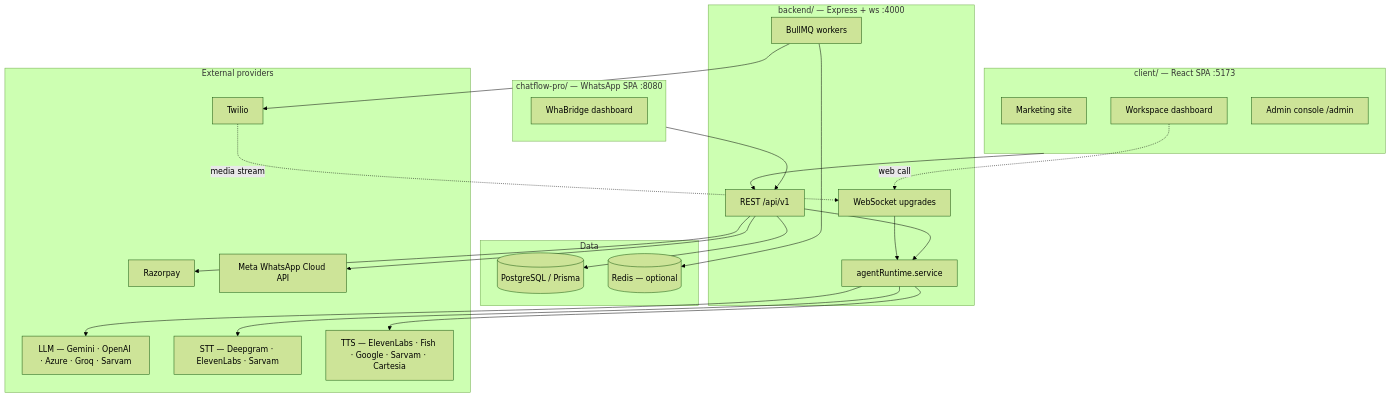
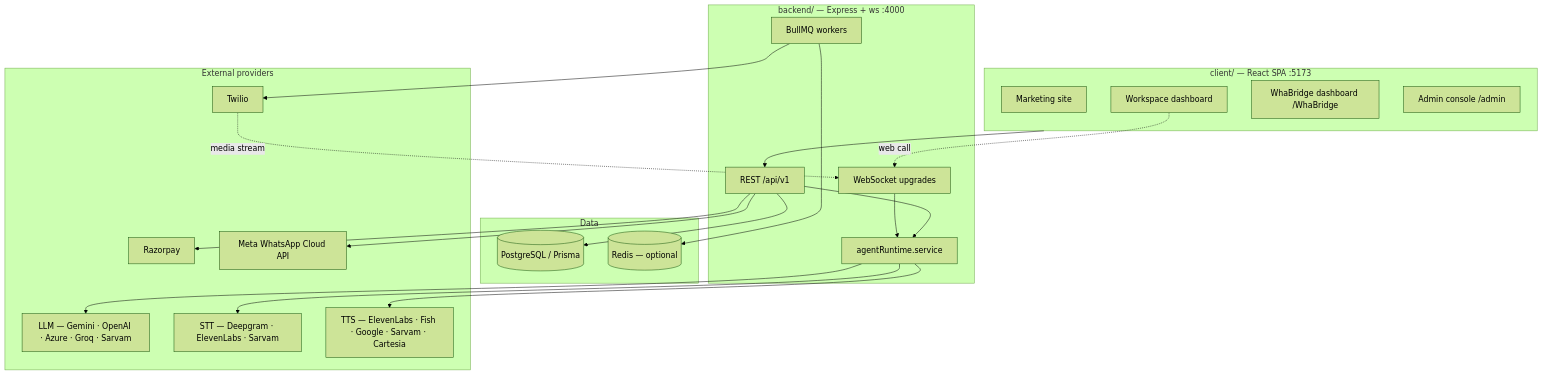
The diagram in README.md (radhakrishna1210/Conversational_AI_Agent), drawn with Mermaid (forest theme) before and after one commit. The commit also changed other lines of this file and 6 other files, not shown here.

First line of the commit message:
chore: drop the remaining chatflow-pro references

````diff
--- a/README.md
+++ b/README.md
@@ -69,45 +69,41 @@
 ```mermaid
 flowchart TB
     subgraph Client["client/ — React SPA :5173"]
         Marketing[Marketing site]
         Dash[Workspace dashboard]
+        WH[WhaBridge dashboard /WhaBridge]
         Admin[Admin console /admin]
-    end
-
-    subgraph CF["chatflow-pro/ — WhatsApp SPA :8080"]
-        WH[WhaBridge dashboard]
     end
 
     subgraph Backend["backend/ — Express + ws :4000"]
         API["REST /api/v1"]
         WS["WebSocket upgrades"]
         Runtime[agentRuntime.service]
         Workers["BullMQ workers"]
     end
 
     subgraph Data
         PG[(PostgreSQL / Prisma)]
         Redis[(Redis — optional)]
     end
 
     subgraph External["External providers"]
         LLM["LLM — Gemini · OpenAI · Azure · Groq · Sarvam"]
         STT["STT — Deepgram · ElevenLabs · Sarvam"]
         TTS["TTS — ElevenLabs · Fish · Google · Sarvam · Cartesia"]
         Tel["Twilio"]
         Pay["Razorpay"]
         Meta["Meta WhatsApp Cloud API"]
     end
 
     Client --> API
-    CF --> API
     Dash -.web call.-> WS
     Tel -.media stream.-> WS
     WS --> Runtime
     API --> Runtime
     Runtime --> LLM & STT & TTS
     API --> PG
     Workers --> Redis
     Workers --> Tel
     API --> Pay & Meta
 ```
````
